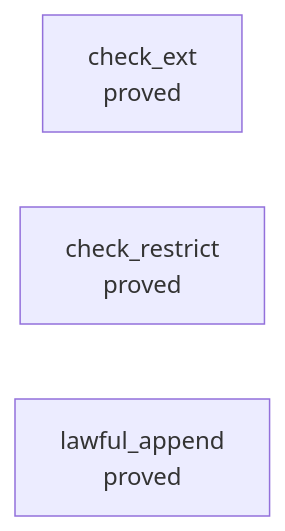
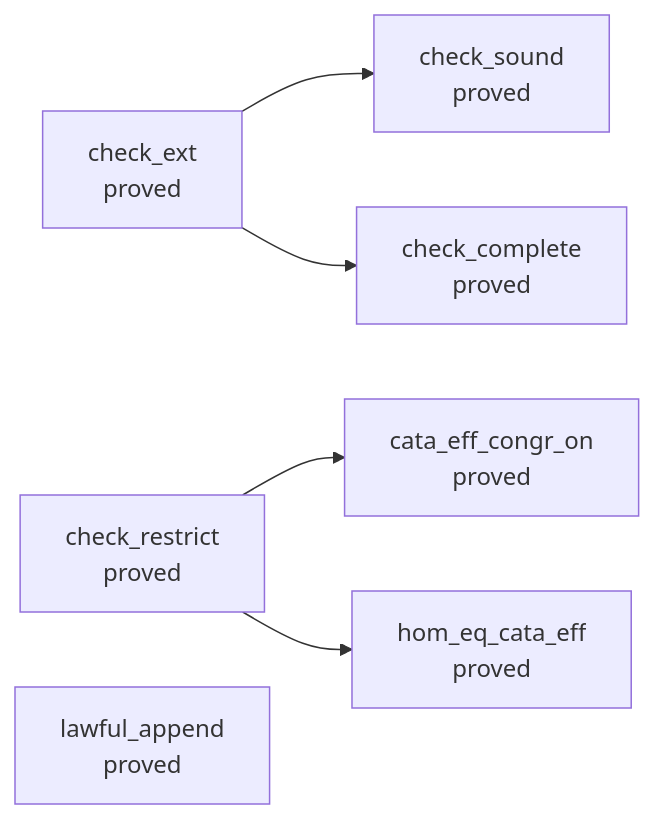
The second of 13 diagrams in generated/semantics.md (pure-algebra/lean4-effect4), drawn with Mermaid before and after one commit. The commit also changed other lines of this file and 29 other files, not shown here.

````diff
--- a/generated/semantics.md
+++ b/generated/semantics.md
@@ -1483,6 +1513,14 @@
 ```mermaid
 flowchart LR
   n0["check_ext<br/>proved"]
   n1["check_restrict<br/>proved"]
   n2["lawful_append<br/>proved"]
+  n3["check_sound<br/>proved"]
+  n4["check_complete<br/>proved"]
+  n5["cata_eff_congr_on<br/>proved"]
+  n6["hom_eq_cata_eff<br/>proved"]
+  n0 --> n3
+  n0 --> n4
+  n1 --> n5
+  n1 --> n6
 ```
````
